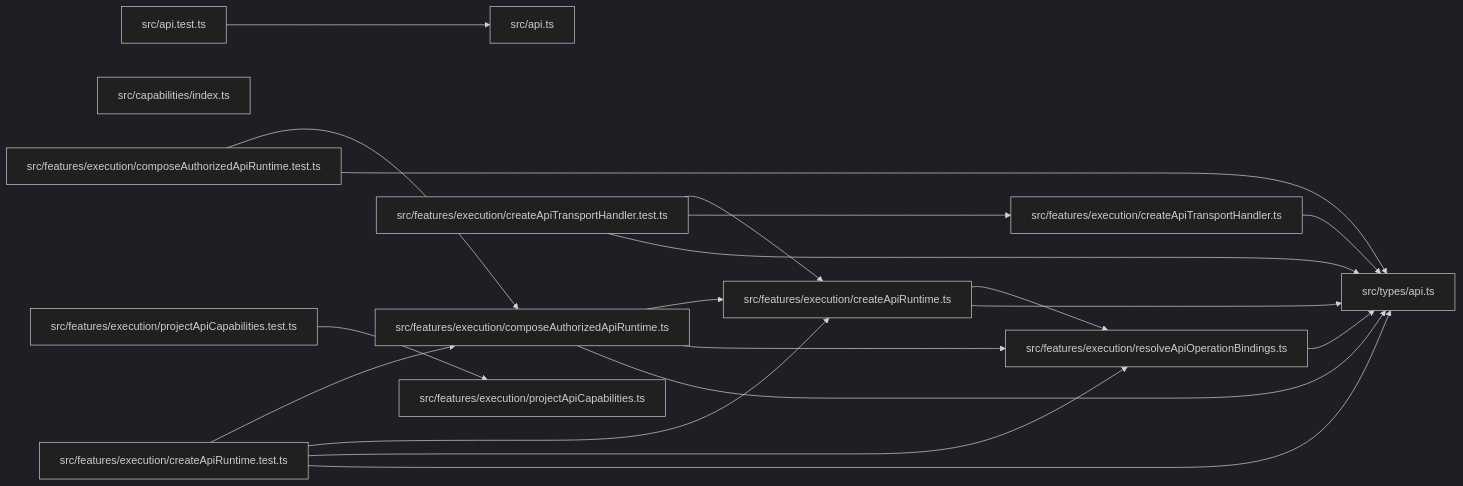
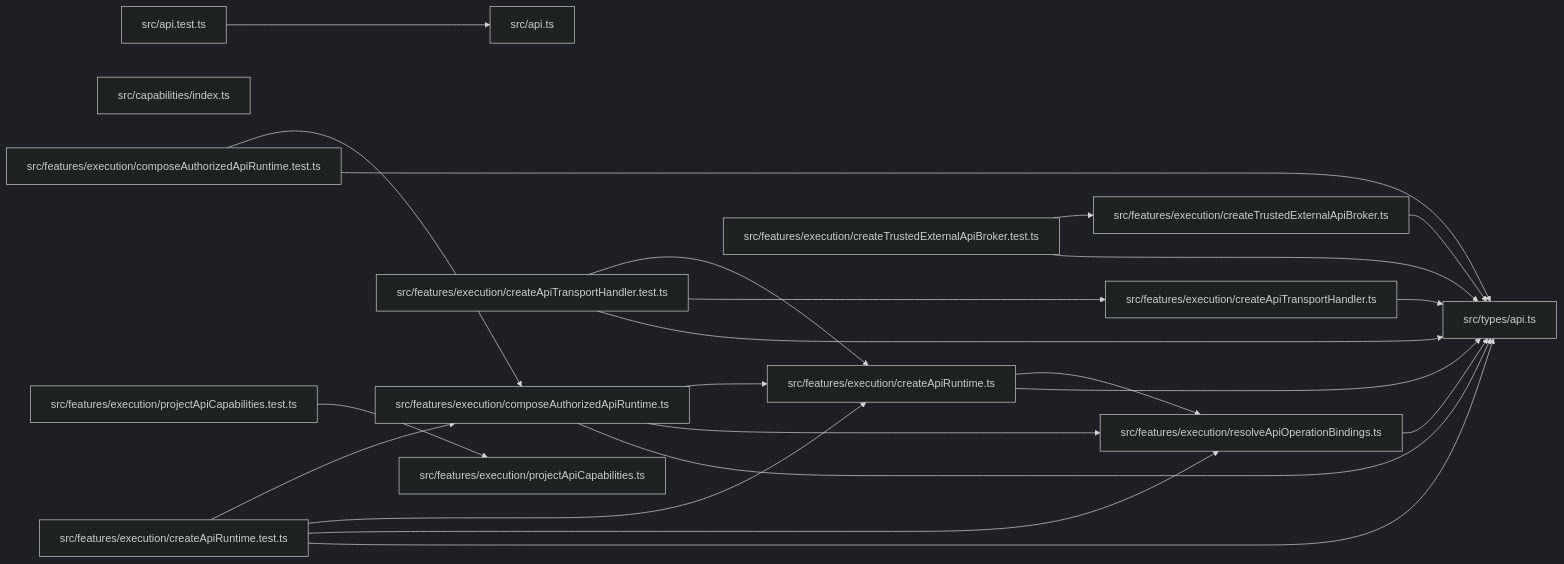
The diagram in paradox/diagrams/module-relationships.mmd (ankhorage/api), drawn with Mermaid (dark theme) before and after one commit. The commit also changed 12 other files, not shown here.

```diff
--- a/paradox/diagrams/module-relationships.mmd
+++ b/paradox/diagrams/module-relationships.mmd
@@ -1,32 +1,37 @@
 graph LR
   module_src_api_test_ts["src/api.test.ts"]
   module_src_api_ts["src/api.ts"]
   module_src_capabilities_index_ts["src/capabilities/index.ts"]
   module_src_features_execution_composeAuthorizedApiRuntime_test_ts["src/features/execution/composeAuthorizedApiRuntime.test.ts"]
   module_src_features_execution_composeAuthorizedApiRuntime_ts["src/features/execution/composeAuthorizedApiRuntime.ts"]
   module_src_features_execution_createApiRuntime_test_ts["src/features/execution/createApiRuntime.test.ts"]
   module_src_features_execution_createApiRuntime_ts["src/features/execution/createApiRuntime.ts"]
   module_src_features_execution_createApiTransportHandler_test_ts["src/features/execution/createApiTransportHandler.test.ts"]
   module_src_features_execution_createApiTransportHandler_ts["src/features/execution/createApiTransportHandler.ts"]
+  module_src_features_execution_createTrustedExternalApiBroker_test_ts["src/features/execution/createTrustedExternalApiBroker.test.ts"]
+  module_src_features_execution_createTrustedExternalApiBroker_ts["src/features/execution/createTrustedExternalApiBroker.ts"]
   module_src_features_execution_projectApiCapabilities_test_ts["src/features/execution/projectApiCapabilities.test.ts"]
   module_src_features_execution_projectApiCapabilities_ts["src/features/execution/projectApiCapabilities.ts"]
   module_src_features_execution_resolveApiOperationBindings_ts["src/features/execution/resolveApiOperationBindings.ts"]
   module_src_types_api_ts["src/types/api.ts"]
   module_src_api_test_ts --> module_src_api_ts
   module_src_features_execution_composeAuthorizedApiRuntime_test_ts --> module_src_features_execution_composeAuthorizedApiRuntime_ts
   module_src_features_execution_composeAuthorizedApiRuntime_test_ts --> module_src_types_api_ts
   module_src_features_execution_composeAuthorizedApiRuntime_ts --> module_src_features_execution_createApiRuntime_ts
   module_src_features_execution_composeAuthorizedApiRuntime_ts --> module_src_features_execution_resolveApiOperationBindings_ts
   module_src_features_execution_composeAuthorizedApiRuntime_ts --> module_src_types_api_ts
   module_src_features_execution_createApiRuntime_test_ts --> module_src_features_execution_composeAuthorizedApiRuntime_ts
   module_src_features_execution_createApiRuntime_test_ts --> module_src_features_execution_createApiRuntime_ts
   module_src_features_execution_createApiRuntime_test_ts --> module_src_features_execution_resolveApiOperationBindings_ts
   module_src_features_execution_createApiRuntime_test_ts --> module_src_types_api_ts
   module_src_features_execution_createApiRuntime_ts --> module_src_features_execution_resolveApiOperationBindings_ts
   module_src_features_execution_createApiRuntime_ts --> module_src_types_api_ts
   module_src_features_execution_createApiTransportHandler_test_ts --> module_src_features_execution_createApiRuntime_ts
   module_src_features_execution_createApiTransportHandler_test_ts --> module_src_features_execution_createApiTransportHandler_ts
   module_src_features_execution_createApiTransportHandler_test_ts --> module_src_types_api_ts
   module_src_features_execution_createApiTransportHandler_ts --> module_src_types_api_ts
+  module_src_features_execution_createTrustedExternalApiBroker_test_ts --> module_src_features_execution_createTrustedExternalApiBroker_ts
+  module_src_features_execution_createTrustedExternalApiBroker_test_ts --> module_src_types_api_ts
+  module_src_features_execution_createTrustedExternalApiBroker_ts --> module_src_types_api_ts
   module_src_features_execution_projectApiCapabilities_test_ts --> module_src_features_execution_projectApiCapabilities_ts
   module_src_features_execution_resolveApiOperationBindings_ts --> module_src_types_api_ts
```
